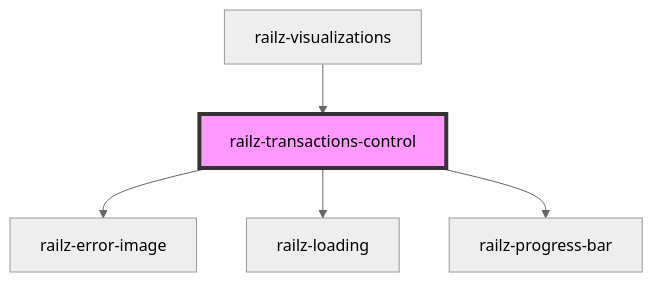
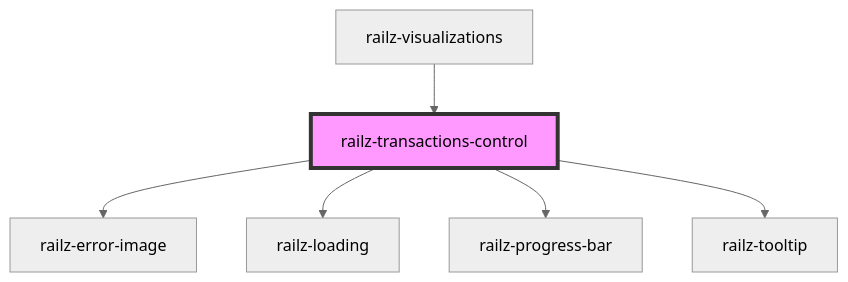
One commit to railz-ai/railz-visualizations changed the diagram in packages/components/src/elements/transactions-control/readme.md. Above: the diagram before and after it, drawn with Mermaid (neutral theme). The commit also changed other lines of this file and 11 other files, not shown here.

````diff
--- a/packages/components/src/elements/transactions-control/readme.md
+++ b/packages/components/src/elements/transactions-control/readme.md
@@ -27,8 +28,9 @@
 ```mermaid
 graph TD;
   railz-transactions-control --> railz-error-image
   railz-transactions-control --> railz-loading
   railz-transactions-control --> railz-progress-bar
+  railz-transactions-control --> railz-tooltip
   railz-visualizations --> railz-transactions-control
   style railz-transactions-control fill:#f9f,stroke:#333,stroke-width:4px
 ```
````
